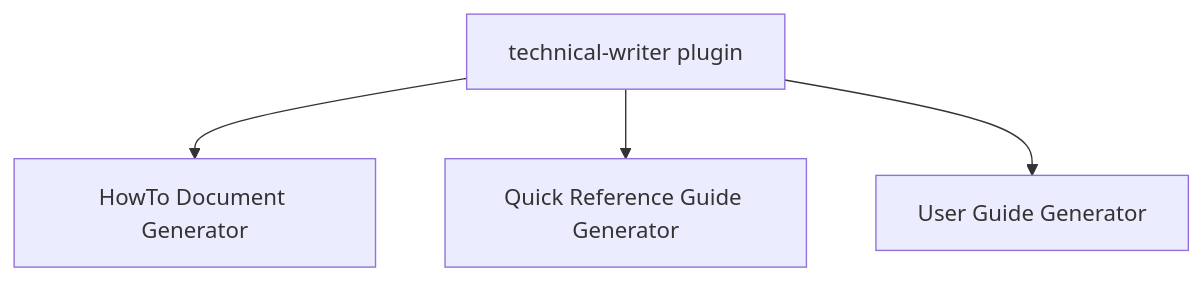
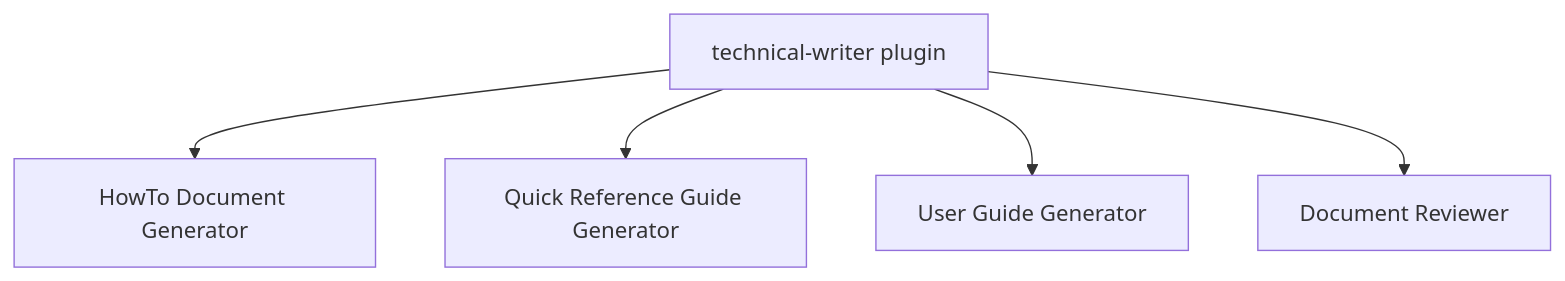
One commit to dimpletz/prompts-collection changed the diagram in plugins/technical-writer/README.md. Above: the diagram before and after it, drawn with Mermaid. The commit also changed other lines of this file and 9 other files, not shown here.

Commit message:
feat(technical-writer): update plugin to v1.1.0, add Document Reviewer agent and hooks for document review (#11)

````diff
--- a/plugins/technical-writer/README.md
+++ b/plugins/technical-writer/README.md
@@ -25,7 +38,8 @@
 ```mermaid
 graph TD
     A[technical-writer plugin]
     A --> B[HowTo Document Generator]
     A --> C[Quick Reference Guide Generator]
     A --> D[User Guide Generator]
+    A --> E[Document Reviewer]
 ```
````
